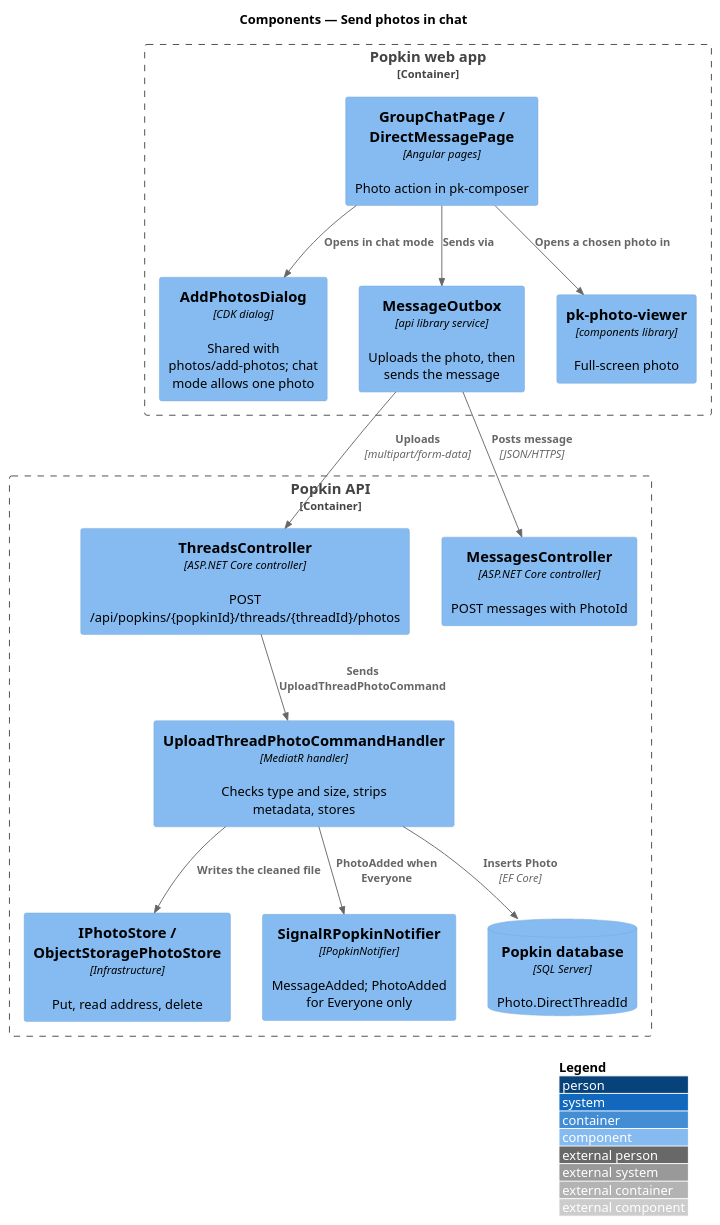
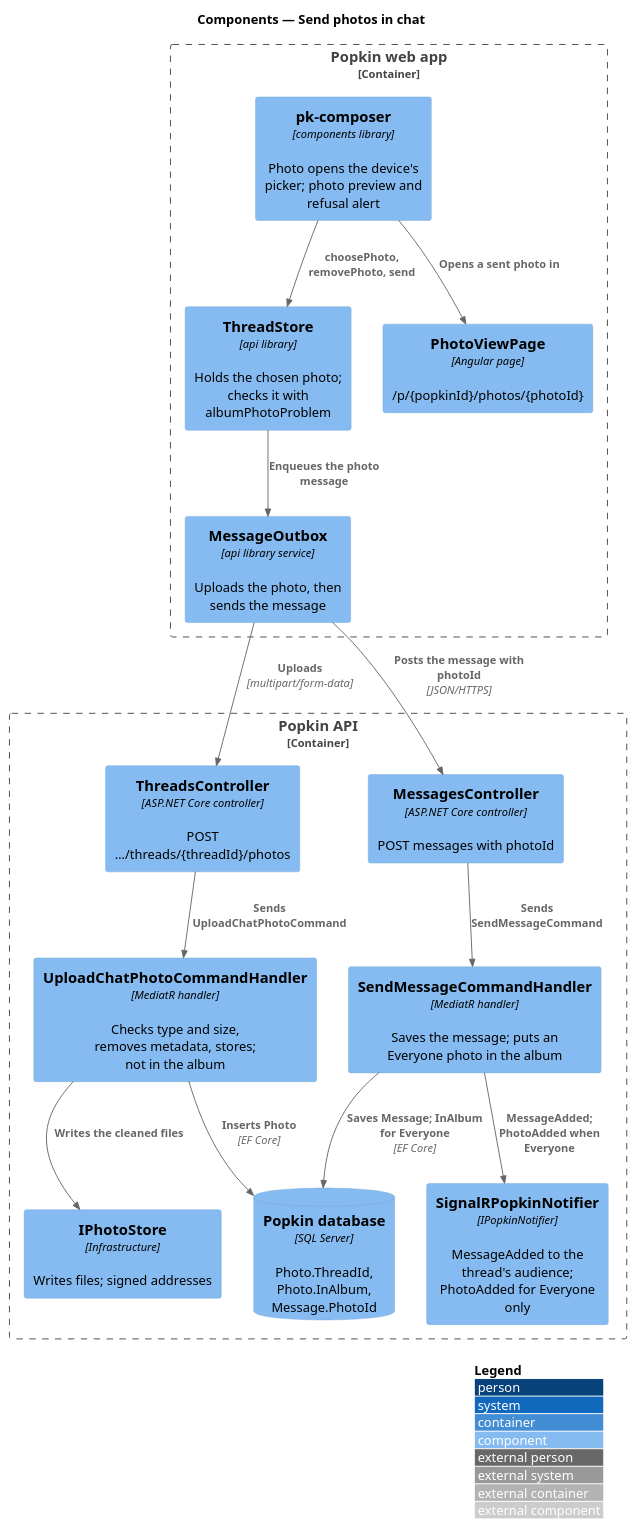
Before and after one commit to QuinntyneBrown/popkin: the diagram in docs/detailed-designs/chat/send-photos-in-chat/diagrams/c4-component.puml, drawn with PlantUML. The commit also changed 10 other files, not shown here.

First line of the commit message:
Settle the design of sending photos in chat

```diff
--- a/docs/detailed-designs/chat/send-photos-in-chat/diagrams/c4-component.puml
+++ b/docs/detailed-designs/chat/send-photos-in-chat/diagrams/c4-component.puml
@@ -1,29 +1,32 @@
 @startuml
 !include <C4/C4_Component>
 LAYOUT_WITH_LEGEND()
 title Components — Send photos in chat
 
 Container_Boundary(web, "Popkin web app") {
-  Component(page, "GroupChatPage / DirectMessagePage", "Angular pages", "Photo action in pk-composer")
-  Component(dialog, "AddPhotosDialog", "CDK dialog", "Shared with photos/add-photos; chat mode allows one photo")
+  Component(composer, "pk-composer", "components library", "Photo opens the device's picker; photo preview and refusal alert")
+  Component(store, "ThreadStore", "api library", "Holds the chosen photo; checks it with albumPhotoProblem")
   Component(outbox, "MessageOutbox", "api library service", "Uploads the photo, then sends the message")
-  Component(viewer, "pk-photo-viewer", "components library", "Full-screen photo")
+  Component(viewer, "PhotoViewPage", "Angular page", "/p/{popkinId}/photos/{photoId}")
 }
 Container_Boundary(api, "Popkin API") {
-  Component(threads, "ThreadsController", "ASP.NET Core controller", "POST /api/popkins/{popkinId}/threads/{threadId}/photos")
-  Component(upload, "UploadThreadPhotoCommandHandler", "MediatR handler", "Checks type and size, strips metadata, stores")
-  Component(messages, "MessagesController", "ASP.NET Core controller", "POST messages with PhotoId")
-  Component(photostore, "IPhotoStore / ObjectStoragePhotoStore", "Infrastructure", "Put, read address, delete")
-  Component(notifier, "SignalRPopkinNotifier", "IPopkinNotifier", "MessageAdded; PhotoAdded for Everyone only")
-  ComponentDb(db, "Popkin database", "SQL Server", "Photo.DirectThreadId")
+  Component(threads, "ThreadsController", "ASP.NET Core controller", "POST …/threads/{threadId}/photos")
+  Component(upload, "UploadChatPhotoCommandHandler", "MediatR handler", "Checks type and size, removes metadata, stores; not in the album")
+  Component(messages, "MessagesController", "ASP.NET Core controller", "POST messages with photoId")
+  Component(send, "SendMessageCommandHandler", "MediatR handler", "Saves the message; puts an Everyone photo in the album")
+  Component(photostore, "IPhotoStore", "Infrastructure", "Writes files; signed addresses")
+  Component(notifier, "SignalRPopkinNotifier", "IPopkinNotifier", "MessageAdded to the thread's audience; PhotoAdded for Everyone only")
+  ComponentDb(db, "Popkin database", "SQL Server", "Photo.ThreadId, Photo.InAlbum, Message.PhotoId")
 }
-Rel(page, dialog, "Opens in chat mode")
-Rel(page, outbox, "Sends via")
-Rel(page, viewer, "Opens a chosen photo in")
+Rel(composer, store, "choosePhoto, removePhoto, send")
+Rel(store, outbox, "Enqueues the photo message")
+Rel(composer, viewer, "Opens a sent photo in")
 Rel(outbox, threads, "Uploads", "multipart/form-data")
-Rel(outbox, messages, "Posts message", "JSON/HTTPS")
-Rel(threads, upload, "Sends UploadThreadPhotoCommand")
-Rel(upload, photostore, "Writes the cleaned file")
+Rel(outbox, messages, "Posts the message with photoId", "JSON/HTTPS")
+Rel(threads, upload, "Sends UploadChatPhotoCommand")
+Rel(upload, photostore, "Writes the cleaned files")
 Rel(upload, db, "Inserts Photo", "EF Core")
-Rel(upload, notifier, "PhotoAdded when Everyone")
+Rel(messages, send, "Sends SendMessageCommand")
+Rel(send, db, "Saves Message; InAlbum for Everyone", "EF Core")
+Rel(send, notifier, "MessageAdded; PhotoAdded when Everyone")
 @enduml
```
